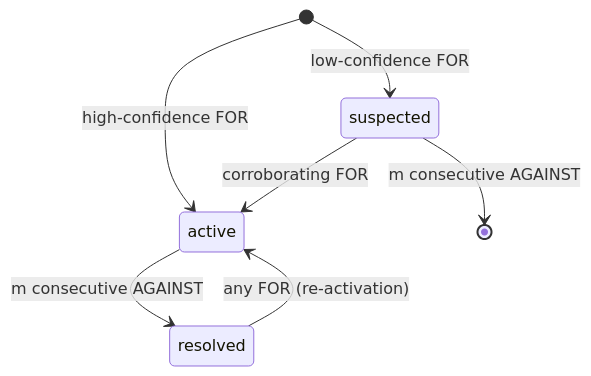
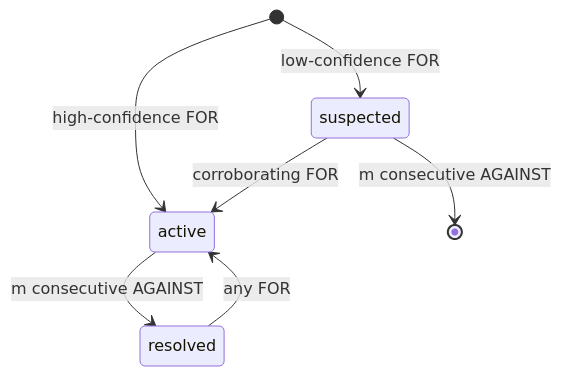
Before and after one commit to stemolly/wiki: the third of 5 diagrams in src/content/docs/engine/engine-impl.md, drawn with Mermaid. The commit also changed other lines of this file and 23 other files, not shown here.

````diff
--- a/src/content/docs/engine/engine-impl.md
+++ b/src/content/docs/engine/engine-impl.md
@@ -132,9 +185,9 @@
 ```mermaid
 stateDiagram-v2
     [*] --> suspected : low-confidence FOR
     [*] --> active : high-confidence FOR
     suspected --> active : corroborating FOR
     suspected --> [*] : m consecutive AGAINST
     active --> resolved : m consecutive AGAINST
-    resolved --> active : any FOR (re-activation)
+    resolved --> active : any FOR
 ```
````
